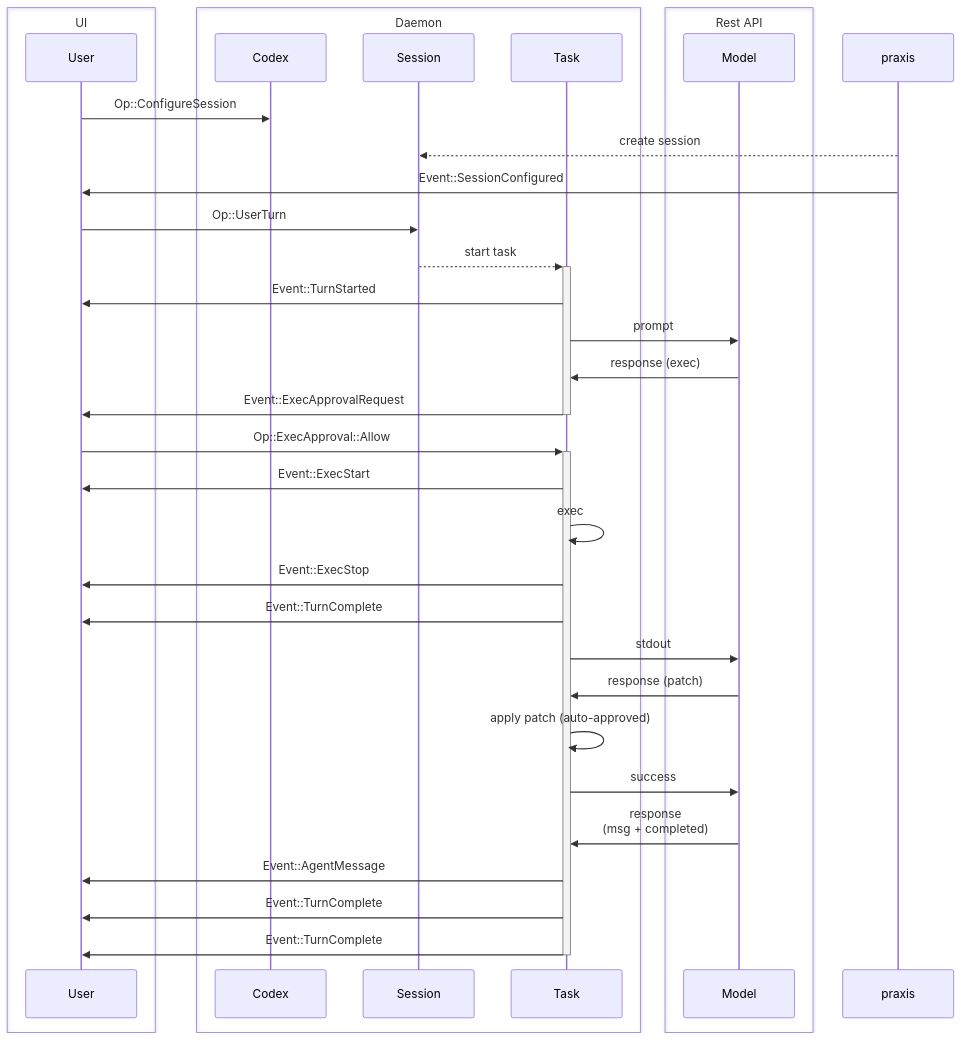
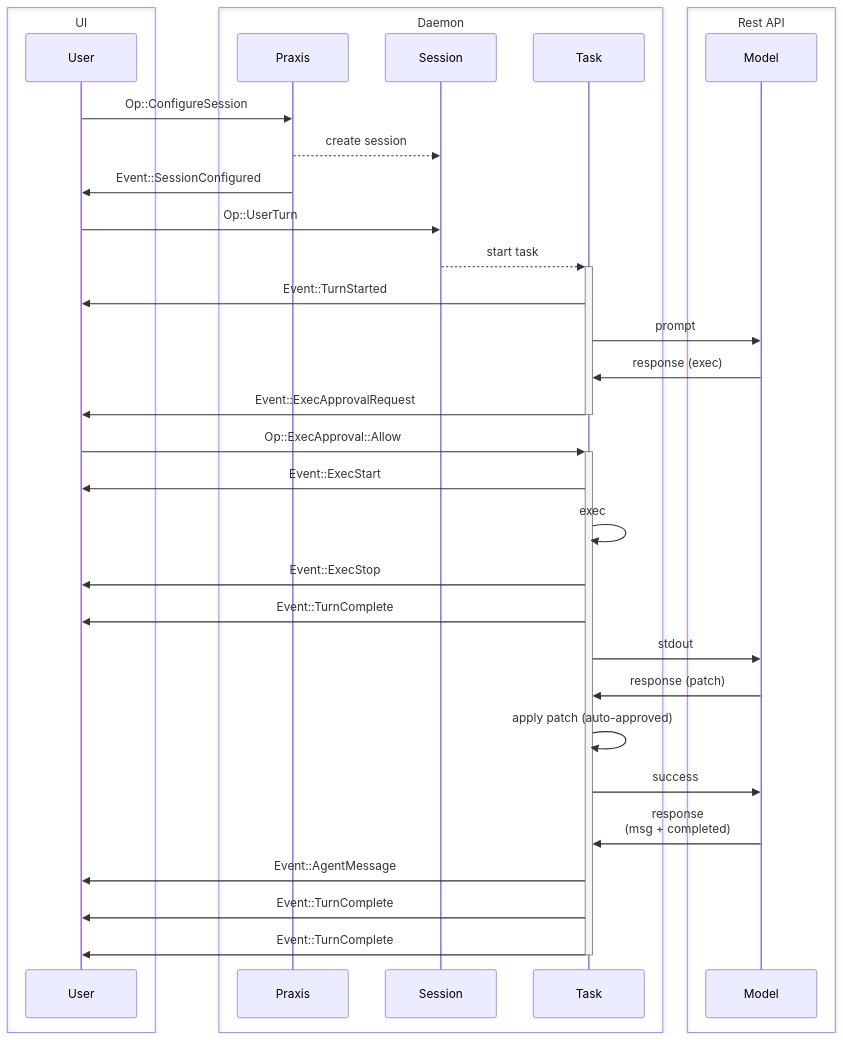
The first of 2 diagrams in praxis-rs/docs/protocol_v1.md (o-oOvOo-o/praxis-backend), drawn with Mermaid before and after one commit. The commit also changed other lines of this file and 1310 other files, not shown here.

````diff
--- a/praxis-rs/docs/protocol_v1.md
+++ b/praxis-rs/docs/protocol_v1.md
@@ -118,36 +118,36 @@
 ```mermaid
 sequenceDiagram
     box UI
     participant user as User
     end
     box Daemon
-    participant codex as Codex
+    participant praxis as Praxis
     participant session as Session
     participant task as Task
     end
     box Rest API
     participant agent as Model
     end
-    user->>codex: Op::ConfigureSession
+    user->>praxis: Op::ConfigureSession
     praxis-->>session: create session
     praxis->>user: Event::SessionConfigured
     user->>session: Op::UserTurn
     session-->>+task: start task
     task->>user: Event::TurnStarted
     task->>agent: prompt
     agent->>task: response (exec)
     task->>-user: Event::ExecApprovalRequest
     user->>+task: Op::ExecApproval::Allow
     task->>user: Event::ExecStart
     task->>task: exec
     task->>user: Event::ExecStop
     task->>user: Event::TurnComplete
     task->>agent: stdout
     agent->>task: response (patch)
     task->>task: apply patch (auto-approved)
     task->>agent: success
     agent->>task: response<br/>(msg + completed)
     task->>user: Event::AgentMessage
     task->>user: Event::TurnComplete
     task->>-user: Event::TurnComplete
 ```
````
